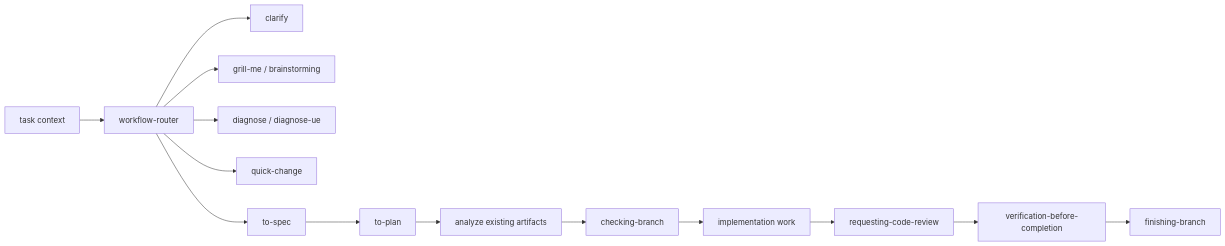
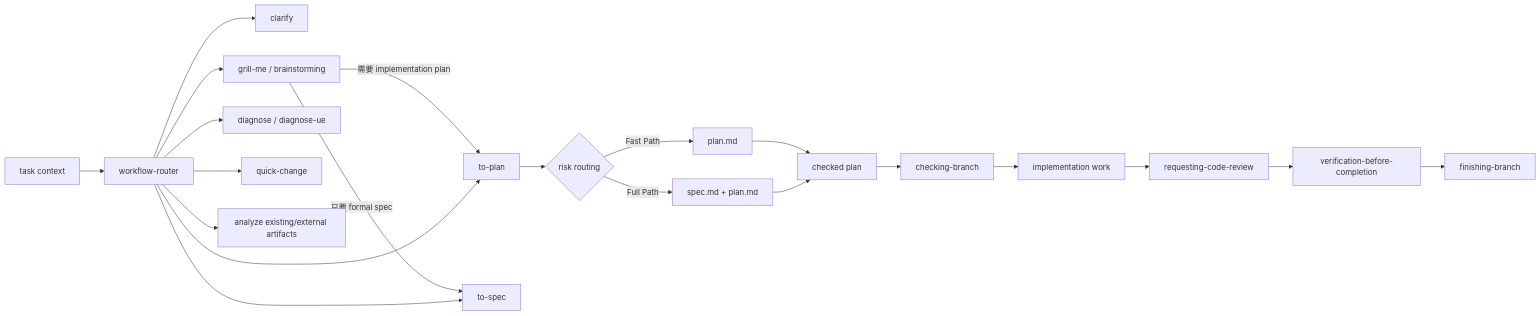
One commit to fjxyyzg3/Skills changed the diagram in README.md. Above: the diagram before and after it, drawn with Mermaid. The commit also changed other lines of this file and 20 other files, not shown here.

Commit message:
改进规划流程：按风险生成 checked plan

````diff
--- a/README.md
+++ b/README.md
@@ -7,16 +7,23 @@
 ```mermaid
 flowchart LR
   Start["task context"] --> Router["workflow-router"]
   Router --> Clarify["clarify"]
   Router --> Need["grill-me / brainstorming"]
   Router --> Diagnose["diagnose / diagnose-ue"]
   Router --> Quick["quick-change"]
-  Router --> Spec["to-spec"]
-  Spec --> Plan["to-plan"]
-  Plan --> Analyze["analyze existing artifacts"]
-  Analyze --> Branch["checking-branch"]
+  Need -->|"需要 implementation plan"| Plan["to-plan"]
+  Need -->|"只要 formal spec"| SpecOnly["to-spec"]
+  Router --> Plan
+  Router --> SpecOnly
+  Router --> Audit["analyze existing/external artifacts"]
+  Plan --> Risk{"risk routing"}
+  Risk -->|"Fast Path"| Fast["plan.md"]
+  Risk -->|"Full Path"| Full["spec.md + plan.md"]
+  Fast --> Checked["checked plan"]
+  Full --> Checked
+  Checked --> Branch["checking-branch"]
   Branch --> Work["implementation work"]
   Work --> Review["requesting-code-review"]
   Review --> Verify["verification-before-completion"]
   Verify --> Finish["finishing-branch"]
 ```
````
